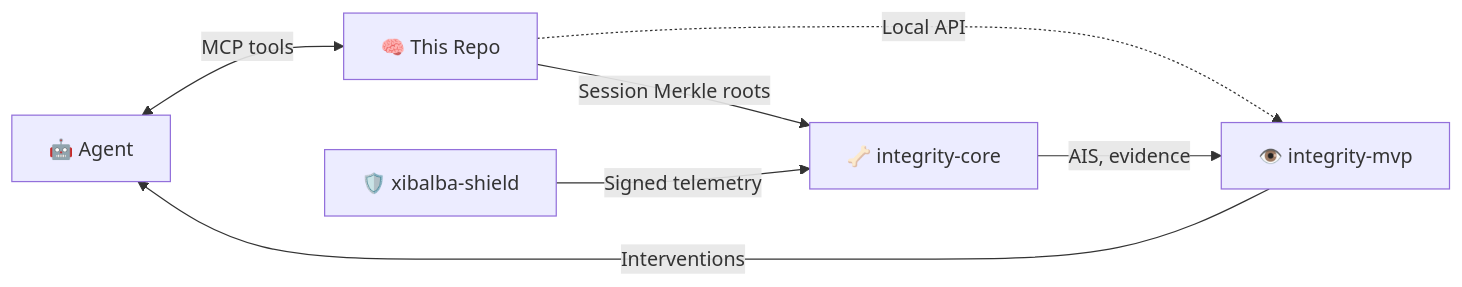
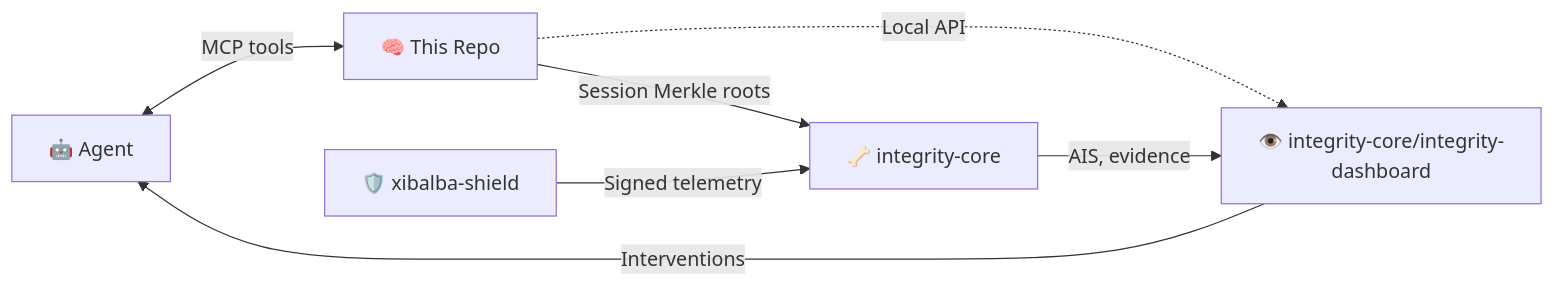
The diagram in SPECIFICATION.md (XibalbaTechSol/xibalba-cortex), drawn with Mermaid before and after one commit. The commit also changed other lines of this file and 22 other files, not shown here.

First line of the commit message:
Standalone-product specs, GitHub wiki, v1-frozen architecture, ecosystem fix

````diff
--- a/SPECIFICATION.md
+++ b/SPECIFICATION.md
@@ -77,9 +113,9 @@
 ```mermaid
 flowchart LR
     Agent["🤖 Agent"] <-->|"MCP tools"| Brain["🧠 This Repo"]
     Brain -->|"Session Merkle roots"| Backbone["🦴 integrity-core"]
-    Brain -.->|"Local API"| Eyes["👁️ integrity-mvp"]
+    Brain -.->|"Local API"| Eyes["👁️ integrity-core/integrity-dashboard"]
     Immune["🛡️ xibalba-shield"] -->|"Signed telemetry"| Backbone
     Backbone -->|"AIS, evidence"| Eyes
     Eyes -->|"Interventions"| Agent
 ```
````
